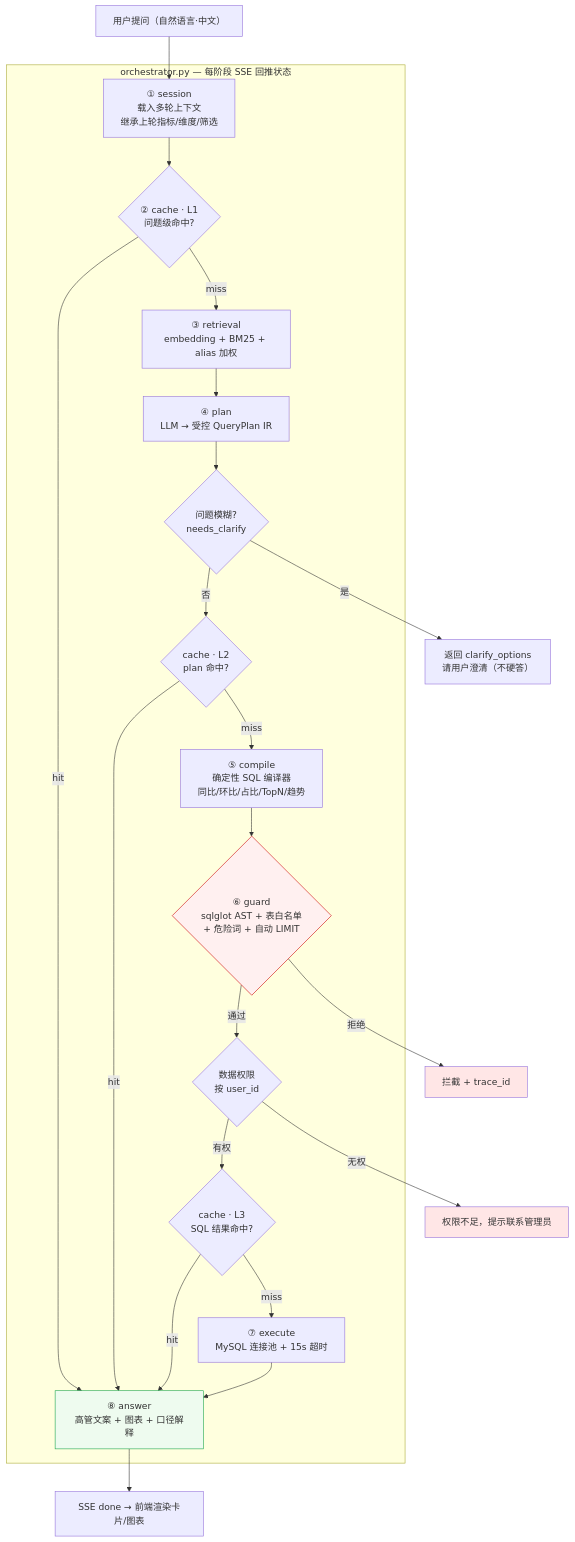
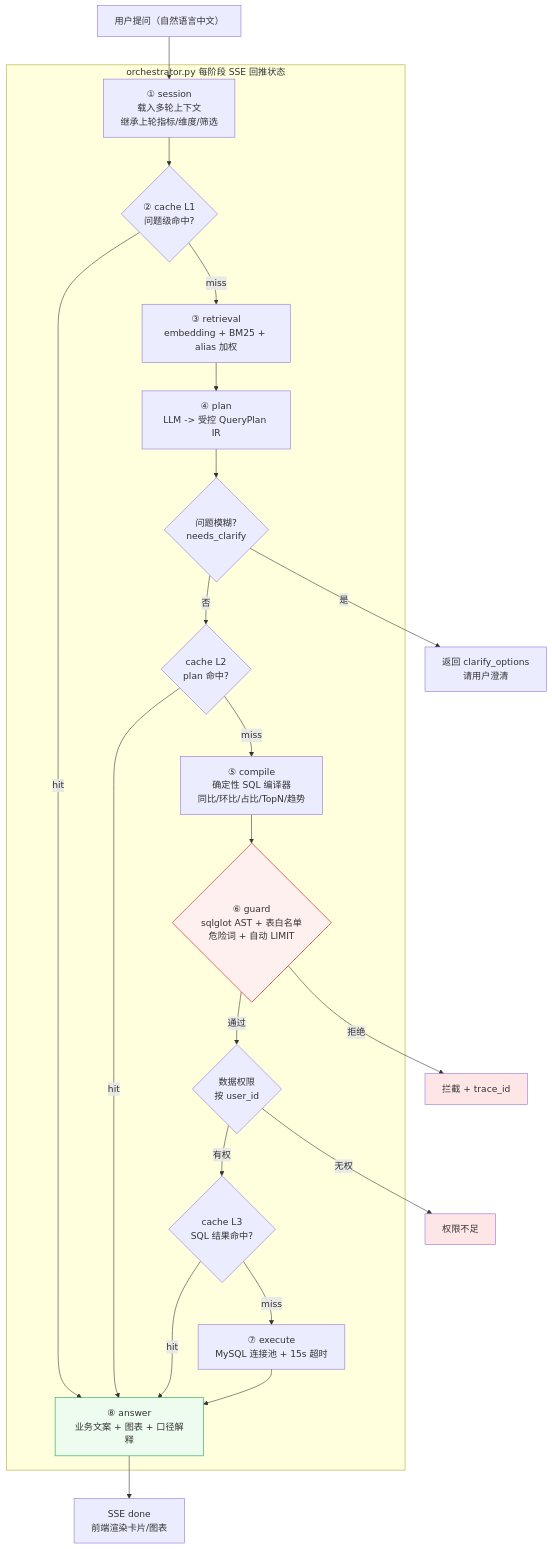
Before and after one commit to YJLBigData/DataChatV1: the second of 5 diagrams in docs/ARCHITECTURE.md, drawn with Mermaid. The commit also changed other lines of this file and 91 other files, not shown here.

````diff
--- a/docs/ARCHITECTURE.md
+++ b/docs/ARCHITECTURE.md
@@ -73,39 +59,39 @@
 ```mermaid
 flowchart TB
-    Q["用户提问（自然语言·中文）"] --> SESSION
+    Q["用户提问（自然语言中文）"] --> SESSION
 
-    subgraph pipe["orchestrator.py — 每阶段 SSE 回推状态"]
+    subgraph pipe["orchestrator.py 每阶段 SSE 回推状态"]
         SESSION["① session<br/>载入多轮上下文<br/>继承上轮指标/维度/筛选"]
-        C1{"② cache · L1<br/>问题级命中?"}
+        C1{"② cache L1<br/>问题级命中?"}
         RET["③ retrieval<br/>embedding + BM25 + alias 加权"]
-        PLAN["④ plan<br/>LLM → 受控 QueryPlan IR"]
+        PLAN["④ plan<br/>LLM -> 受控 QueryPlan IR"]
         CLARIFY{"问题模糊?<br/>needs_clarify"}
-        C2{"cache · L2<br/>plan 命中?"}
+        C2{"cache L2<br/>plan 命中?"}
         COMPILE["⑤ compile<br/>确定性 SQL 编译器<br/>同比/环比/占比/TopN/趋势"]
-        GUARD{"⑥ guard<br/>sqlglot AST + 表白名单<br/>+ 危险词 + 自动 LIMIT"}
+        GUARD{"⑥ guard<br/>sqlglot AST + 表白名单<br/>危险词 + 自动 LIMIT"}
         PERM{"数据权限<br/>按 user_id"}
-        C3{"cache · L3<br/>SQL 结果命中?"}
+        C3{"cache L3<br/>SQL 结果命中?"}
         EXEC["⑦ execute<br/>MySQL 连接池 + 15s 超时"]
-        ANS["⑧ answer<br/>高管文案 + 图表 + 口径解释"]
+        ANS["⑧ answer<br/>业务文案 + 图表 + 口径解释"]
     end
 
     SESSION --> C1
     C1 -- "hit" --> ANS
     C1 -- "miss" --> RET --> PLAN --> CLARIFY
-    CLARIFY -- "是" --> ASK["返回 clarify_options<br/>请用户澄清（不硬答）"]
+    CLARIFY -- "是" --> ASK["返回 clarify_options<br/>请用户澄清"]
     CLARIFY -- "否" --> C2
     C2 -- "hit" --> ANS
     C2 -- "miss" --> COMPILE --> GUARD
     GUARD -- "拒绝" --> REJECT["拦截 + trace_id"]
     GUARD -- "通过" --> PERM
-    PERM -- "无权" --> DENY["权限不足，提示联系管理员"]
+    PERM -- "无权" --> DENY["权限不足"]
     PERM -- "有权" --> C3
     C3 -- "hit" --> ANS
     C3 -- "miss" --> EXEC --> ANS
-    ANS --> OUT["SSE done → 前端渲染卡片/图表"]
+    ANS --> OUT["SSE done<br/>前端渲染卡片/图表"]
 
     style GUARD fill:#fff0f0,stroke:#cc0000
     style ANS fill:#eefbef,stroke:#16a34a
     style REJECT fill:#ffe6e6
     style DENY fill:#ffe6e6
 ```
````
